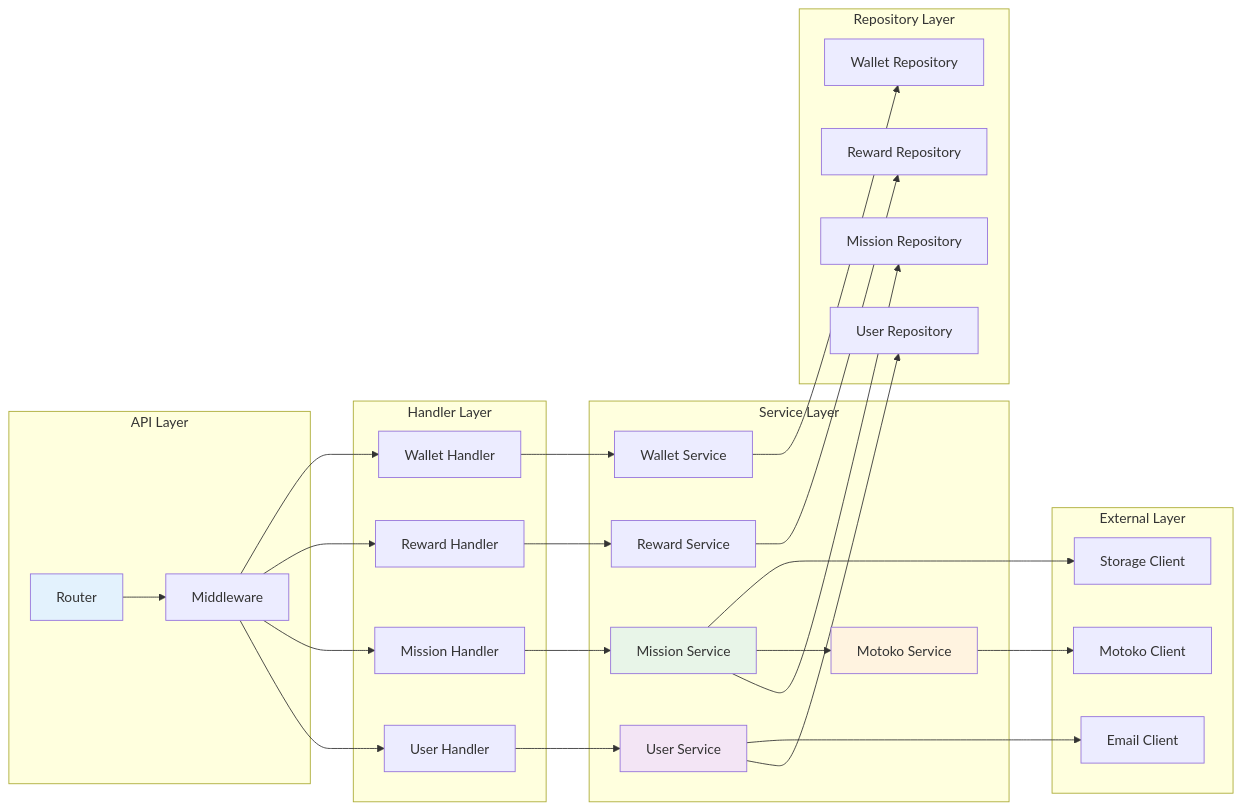
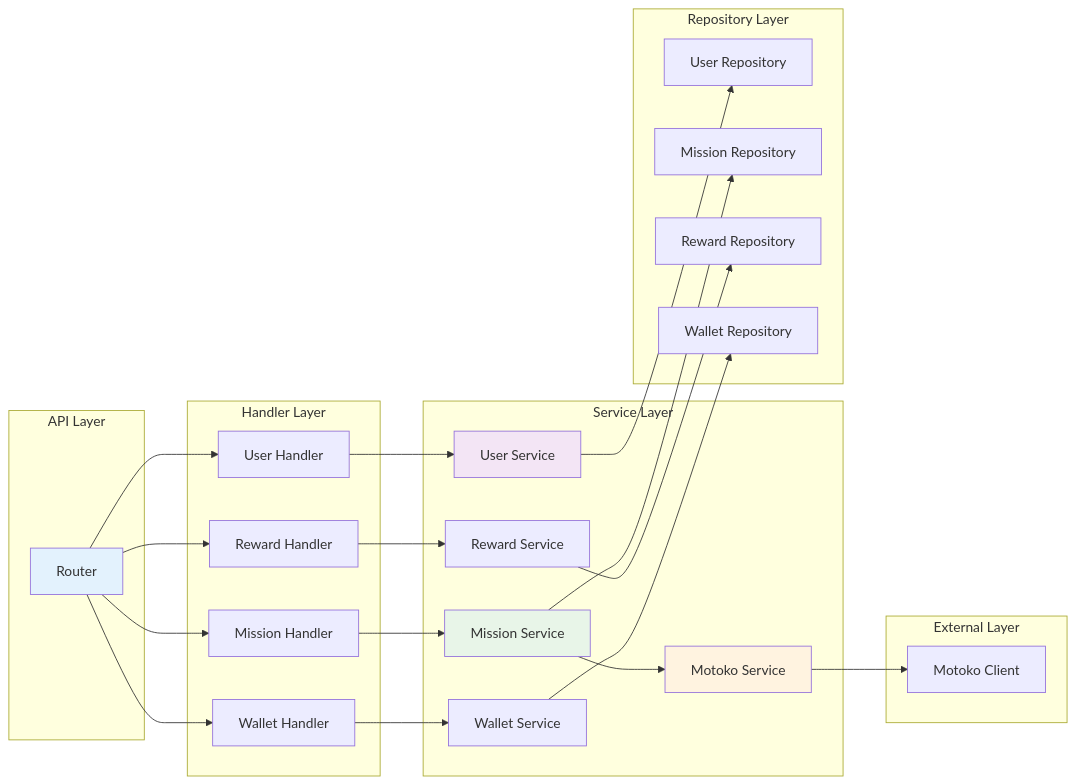
The fifth of 6 diagrams in docs/SYSTEM_DESIGN.md (jurus-macul/pedulicarbon), drawn with Mermaid before and after one commit. The commit also changed other lines of this file and 2 other files, not shown here.

````diff
--- a/docs/SYSTEM_DESIGN.md
+++ b/docs/SYSTEM_DESIGN.md
@@ -273,61 +193,55 @@
 ```mermaid
 graph LR
     subgraph "API Layer"
         Router[Router]
-        Middleware[Middleware]
     end
     
     subgraph "Handler Layer"
         UserHandler[User Handler]
         MissionHandler[Mission Handler]
         RewardHandler[Reward Handler]
         WalletHandler[Wallet Handler]
     end
     
     subgraph "Service Layer"
         UserService[User Service]
         MissionService[Mission Service]
         RewardService[Reward Service]
         WalletService[Wallet Service]
         MotokoService[Motoko Service]
     end
     
     subgraph "Repository Layer"
         UserRepo[User Repository]
         MissionRepo[Mission Repository]
         RewardRepo[Reward Repository]
         WalletRepo[Wallet Repository]
     end
     
     subgraph "External Layer"
         MotokoClient[Motoko Client]
-        EmailClient[Email Client]
-        StorageClient[Storage Client]
     end
     
-    Router --> Middleware
-    Middleware --> UserHandler
-    Middleware --> MissionHandler
-    Middleware --> RewardHandler
-    Middleware --> WalletHandler
+    Router --> UserHandler
+    Router --> MissionHandler
+    Router --> RewardHandler
+    Router --> WalletHandler
     
     UserHandler --> UserService
     MissionHandler --> MissionService
     RewardHandler --> RewardService
     WalletHandler --> WalletService
     
     UserService --> UserRepo
     MissionService --> MissionRepo
     RewardService --> RewardRepo
     WalletService --> WalletRepo
     
     MissionService --> MotokoService
     MotokoService --> MotokoClient
-    UserService --> EmailClient
-    MissionService --> StorageClient
     
     style Router fill:#e3f2fd
     style UserService fill:#f3e5f5
     style MissionService fill:#e8f5e8
     style MotokoService fill:#fff3e0
 ```
````
